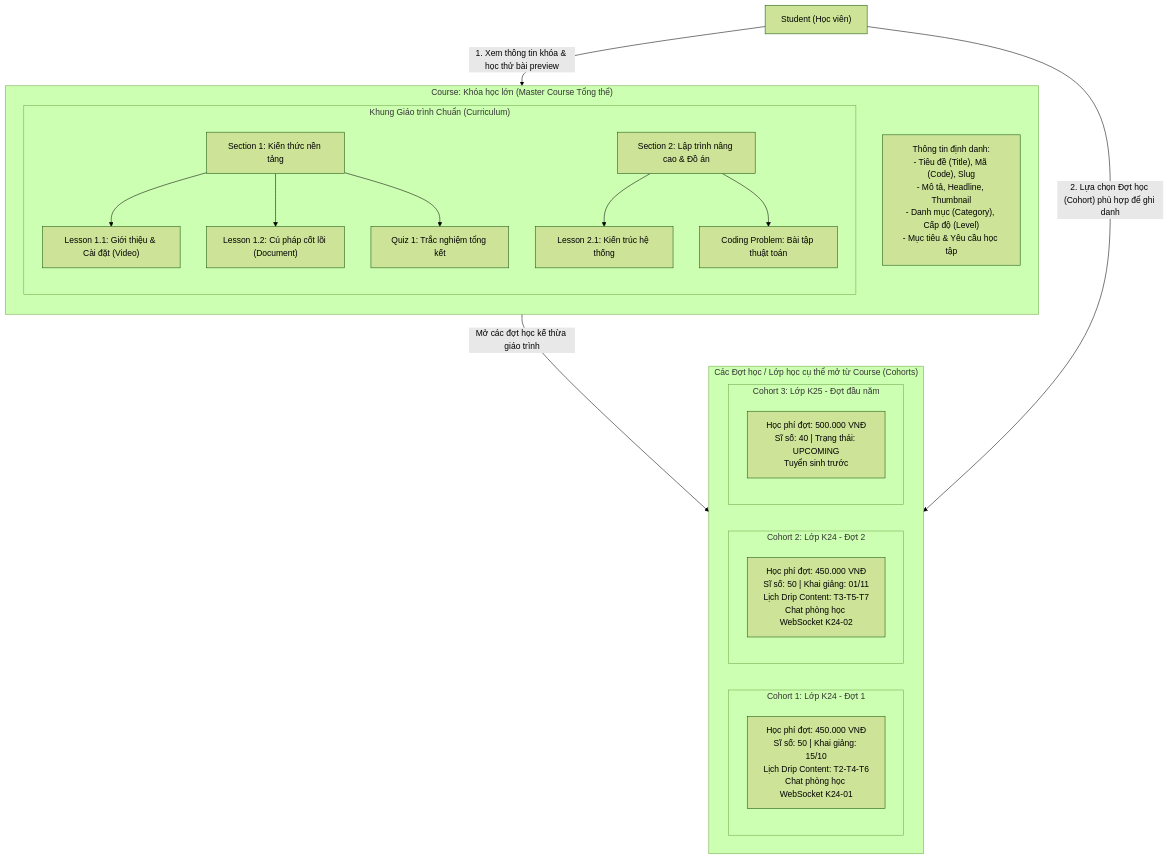
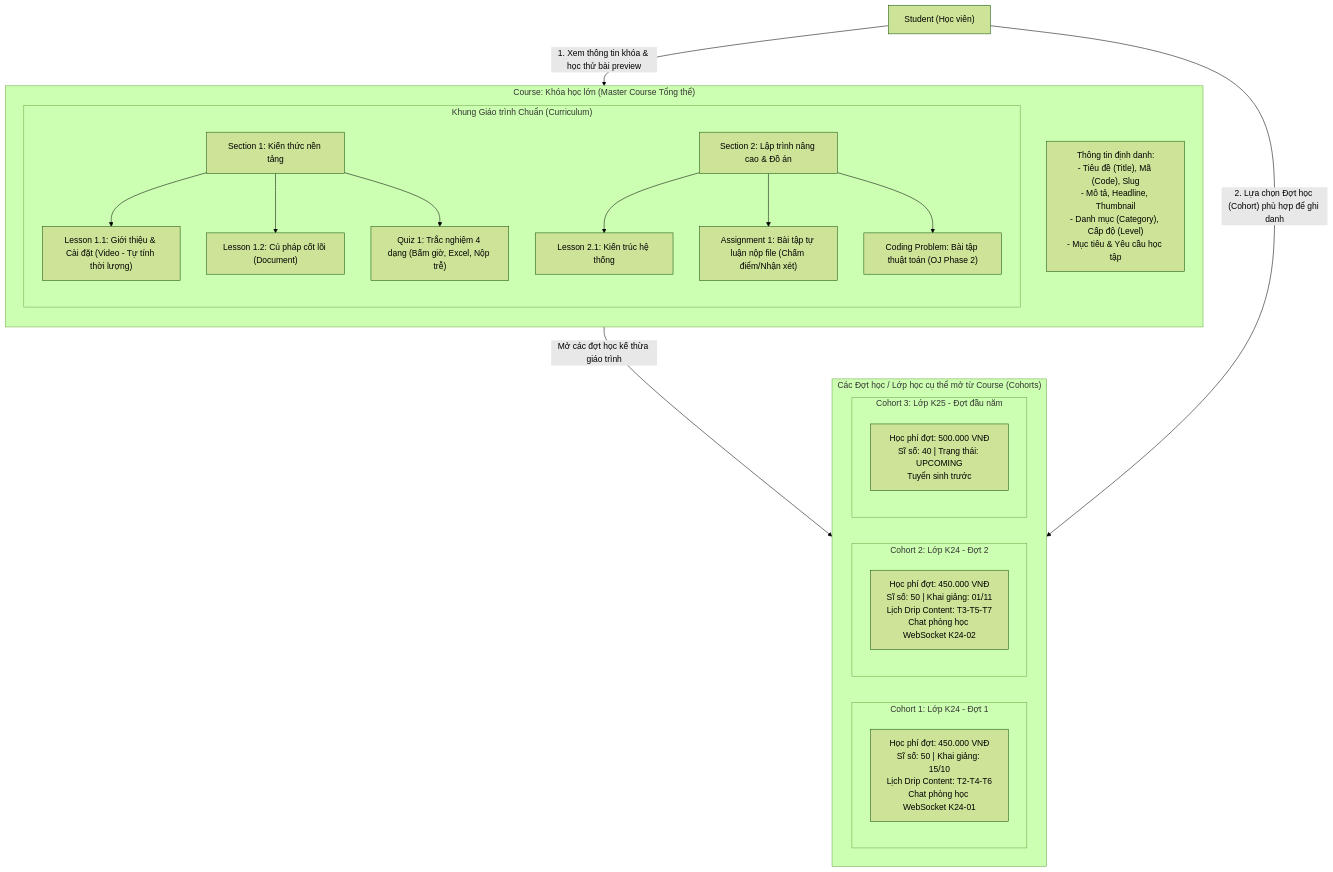
The first of 2 diagrams in docs/usecases/UC03_QuanLyKhoaHoc.md (TienNguyen23-12/utelearn-platform), drawn with Mermaid (forest theme) before and after one commit. The commit also changed other lines of this file and 24 other files, not shown here.

Commit message:
fix set deadline for quiz and assignment

````diff
--- a/docs/usecases/UC03_QuanLyKhoaHoc.md
+++ b/docs/usecases/UC03_QuanLyKhoaHoc.md
@@ -5,35 +5,36 @@
 ```mermaid
 graph TB
     subgraph Course["Course: Khóa học lớn (Master Course Tổng thể)"]
         direction TB
         C_Info["Thông tin định danh:<br/>- Tiêu đề (Title), Mã (Code), Slug<br/>- Mô tả, Headline, Thumbnail<br/>- Danh mục (Category), Cấp độ (Level)<br/>- Mục tiêu & Yêu cầu học tập"]
         
         subgraph Curriculum["Khung Giáo trình Chuẩn (Curriculum)"]
             direction TB
             Sec1["Section 1: Kiến thức nền tảng"]
-            Sec1 --> Les1["Lesson 1.1: Giới thiệu & Cài đặt (Video)"]
+            Sec1 --> Les1["Lesson 1.1: Giới thiệu & Cài đặt (Video - Tự tính thời lượng)"]
             Sec1 --> Les2["Lesson 1.2: Cú pháp cốt lõi (Document)"]
-            Sec1 --> Quiz1["Quiz 1: Trắc nghiệm tổng kết"]
+            Sec1 --> Quiz1["Quiz 1: Trắc nghiệm 4 dạng (Bấm giờ, Excel, Nộp trễ)"]
             Sec2["Section 2: Lập trình nâng cao & Đồ án"]
             Sec2 --> Les3["Lesson 2.1: Kiến trúc hệ thống"]
-            Sec2 --> Code1["Coding Problem: Bài tập thuật toán"]
+            Sec2 --> Ass1["Assignment 1: Bài tập tự luận nộp file (Chấm điểm/Nhận xét)"]
+            Sec2 --> Code1["Coding Problem: Bài tập thuật toán (OJ Phase 2)"]
         end
     end
 
     subgraph CohortRuns["Các Đợt học / Lớp học cụ thể mở từ Course (Cohorts)"]
         direction LR
         subgraph Cohort1["Cohort 1: Lớp K24 - Đợt 1"]
             C1_Info["Học phí đợt: 450.000 VNĐ<br/>Sĩ số: 50 | Khai giảng: 15/10<br/>Lịch Drip Content: T2-T4-T6<br/>Chat phòng học WebSocket K24-01"]
         end
         subgraph Cohort2["Cohort 2: Lớp K24 - Đợt 2"]
             C2_Info["Học phí đợt: 450.000 VNĐ<br/>Sĩ số: 50 | Khai giảng: 01/11<br/>Lịch Drip Content: T3-T5-T7<br/>Chat phòng học WebSocket K24-02"]
         end
         subgraph Cohort3["Cohort 3: Lớp K25 - Đợt đầu năm"]
             C3_Info["Học phí đợt: 500.000 VNĐ<br/>Sĩ số: 40 | Trạng thái: UPCOMING<br/>Tuyển sinh trước"]
         end
     end
 
     Course -->|"Mở các đợt học kế thừa giáo trình"| CohortRuns
     Student["Student (Học viên)"] -->|"1. Xem thông tin khóa & học thử bài preview"| Course
     Student -->|"2. Lựa chọn Đợt học (Cohort) phù hợp để ghi danh"| CohortRuns
 ```
````
